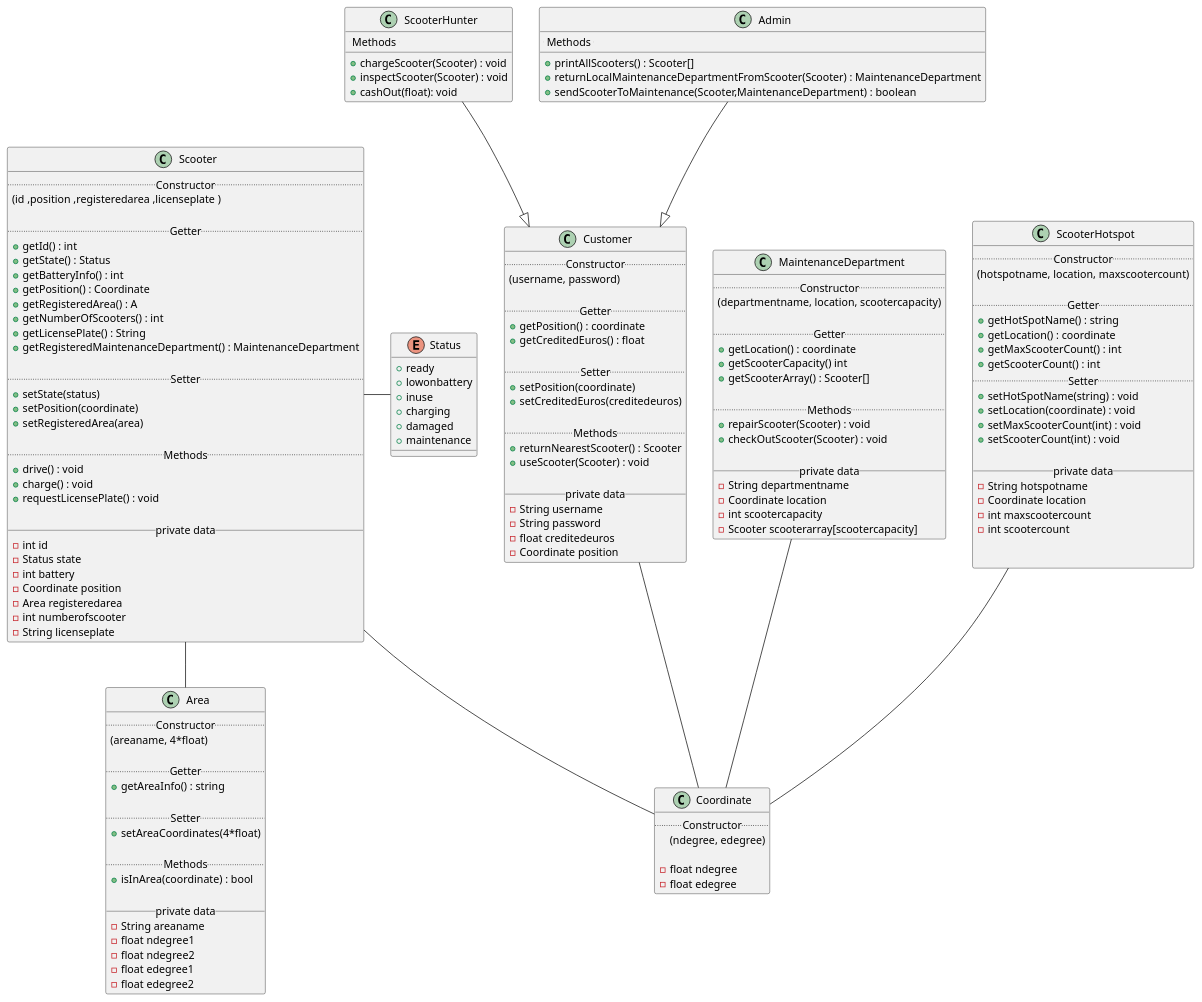
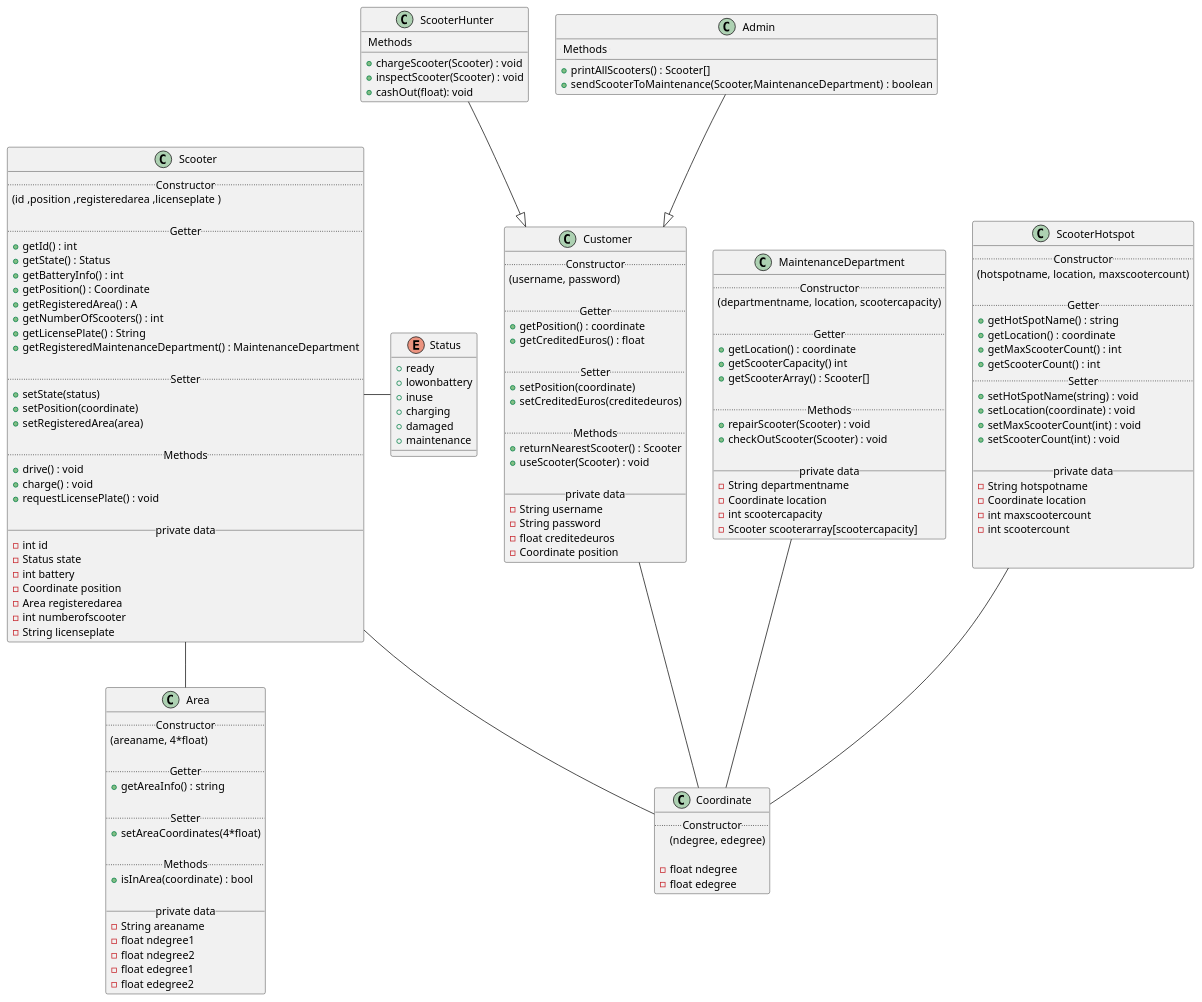
One commit to fh-erfurt/Scooter-MS changed the diagram in umldiagram.iuml. Above: the diagram before and after it, drawn with PlantUML. The commit also changed 8 other files, not shown here.

```diff
--- a/umldiagram.iuml
+++ b/umldiagram.iuml
@@ -1,182 +1,181 @@
 @startuml
 
 
 
 
 
 skinparam componentStyle uml2
 
 
 
 class Scooter {
     .. Constructor ..
       (id ,position ,registeredarea ,licenseplate )
 
     .. Getter ..
   + getId() : int
   + getState() : Status
   + getBatteryInfo() : int
   + getPosition() : Coordinate
   + getRegisteredArea() : A
   + getNumberOfScooters() : int
   + getLicensePlate() : String
   + getRegisteredMaintenanceDepartment() : MaintenanceDepartment
 
   .. Setter ..
   + setState(status)
   + setPosition(coordinate)
   + setRegisteredArea(area)
 
   .. Methods ..
   + drive() : void
   + charge() : void
   + requestLicensePlate() : void
 
   __ private data __
   -int id
   -Status state
   -int battery
   -Coordinate position
   -Area registeredarea
   -int numberofscooter
   -String licenseplate
 }
 
 class Area {
   .. Constructor ..
   (areaname, 4*float)
 
   .. Getter ..
   + getAreaInfo() : string
 
   .. Setter ..
   + setAreaCoordinates(4*float)
 
   .. Methods ..
   + isInArea(coordinate) : bool
 
   __ private data __
   -String areaname
   -float ndegree1
   -float ndegree2
   -float edegree1
   -float edegree2
 }
 
 
 
 class Coordinate {
   .. Constructor ..
   (ndegree, edegree)
 
   -float ndegree
   -float edegree
 }
 
 
 class Customer {
   .. Constructor ..
   (username, password)
 
   .. Getter ..
   + getPosition() : coordinate
   + getCreditedEuros() : float
 
   .. Setter ..
   + setPosition(coordinate)
   + setCreditedEuros(creditedeuros)
 
   .. Methods ..
   + returnNearestScooter() : Scooter
   + useScooter(Scooter) : void
 
   __ private data __
   -String username
   -String password
   -float creditedeuros
   -Coordinate position
 }
 
 class ScooterHunter {
 
   .. Methods ..
   + chargeScooter(Scooter) : void
   + inspectScooter(Scooter) : void
   + cashOut(float): void
 }
 
 class Admin {
 
   .. Methods ..
   + printAllScooters() : Scooter[]
-  + returnLocalMaintenanceDepartmentFromScooter(Scooter) : MaintenanceDepartment
   + sendScooterToMaintenance(Scooter,MaintenanceDepartment) : boolean
 
 }
 
 
 class MaintenanceDepartment {
   .. Constructor ..
 (departmentname, location, scootercapacity)
 
   .. Getter ..
   + getLocation() : coordinate
   + getScooterCapacity() int
   + getScooterArray() : Scooter[]
 
   .. Methods ..
   + repairScooter(Scooter) : void
   + checkOutScooter(Scooter) : void
 
   __ private data __
   -String departmentname
   -Coordinate location
   -int scootercapacity
   -Scooter scooterarray[scootercapacity]
 }
 
 
 class ScooterHotspot {
   .. Constructor ..
 (hotspotname, location, maxscootercount)
 
   .. Getter ..
   + getHotSpotName() : string
   + getLocation() : coordinate
   + getMaxScooterCount() : int
   + getScooterCount() : int
   .. Setter ..
   + setHotSpotName(string) : void
   + setLocation(coordinate) : void
   + setMaxScooterCount(int) : void
   + setScooterCount(int) : void
 
   __ private data __
   -String hotspotname
   -Coordinate location
   -int maxscootercount
   -int scootercount
 
 
 }
 
 enum Status {
   + ready
   + lowonbattery
   + inuse
   + charging
   + damaged
   + maintenance
 }
 
 Admin --|> Customer
 ScooterHunter --|> Customer
 Scooter - Status
 Scooter -- Coordinate
 Scooter -- Area
 MaintenanceDepartment -- Coordinate
 ScooterHotspot -- Coordinate
 Customer -- Coordinate
 
 
 @enduml
```
